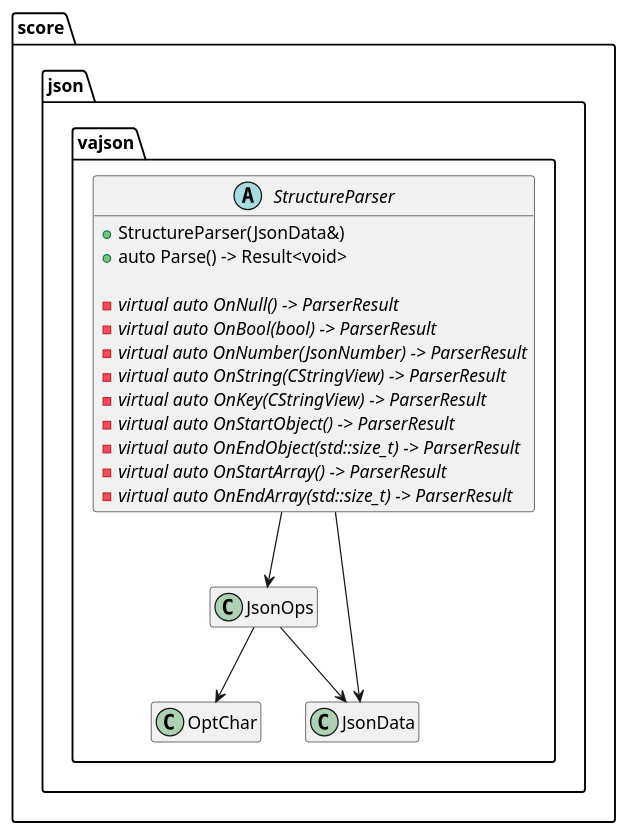
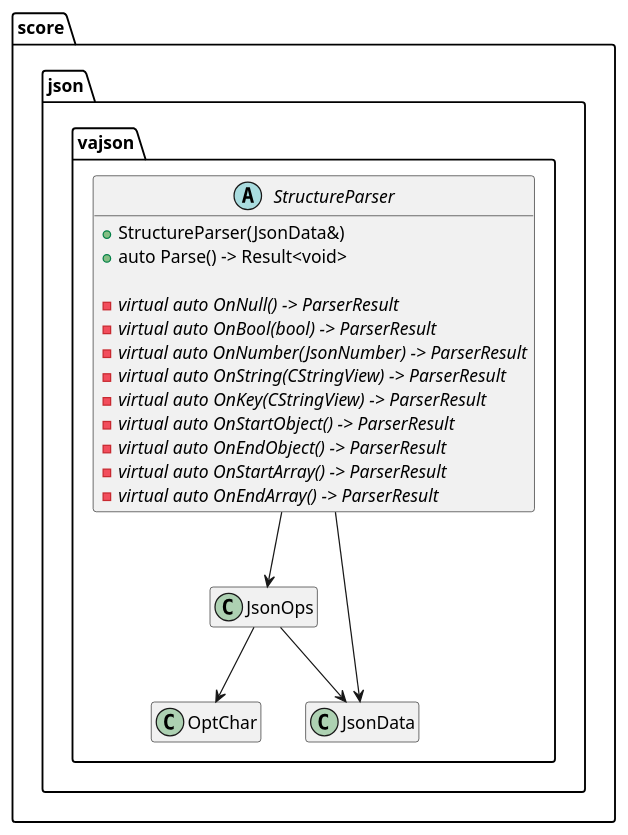
One commit to eclipse-score/baselibs changed the first of 3 diagrams in score/json/docs/vajson/detailed_design/logical/Reader.rst. Above: the diagram before and after it, drawn with PlantUML. The commit also changed 10 other files, not shown here.

```diff
--- a/score/json/docs/vajson/detailed_design/logical/Reader.rst
+++ b/score/json/docs/vajson/detailed_design/logical/Reader.rst
@@ -88,39 +88,39 @@
 .. uml::
 
     @startuml
     hide empty members
 
     package "score" {
       package "json" {
         package "vajson" {
           abstract class StructureParser {
             + StructureParser(JsonData&)
             + auto Parse() -> Result<void>
 
             - {abstract} virtual auto OnNull() -> ParserResult
             - {abstract} virtual auto OnBool(bool) -> ParserResult
             - {abstract} virtual auto OnNumber(JsonNumber) -> ParserResult
             - {abstract} virtual auto OnString(CStringView) -> ParserResult
             - {abstract} virtual auto OnKey(CStringView) -> ParserResult
             - {abstract} virtual auto OnStartObject() -> ParserResult
-            - {abstract} virtual auto OnEndObject(std::size_t) -> ParserResult
+            - {abstract} virtual auto OnEndObject() -> ParserResult
             - {abstract} virtual auto OnStartArray() -> ParserResult
-            - {abstract} virtual auto OnEndArray(std::size_t) -> ParserResult
+            - {abstract} virtual auto OnEndArray() -> ParserResult
           }
 
           class OptChar {}
 
           class JsonOps {}
 
           class JsonData {}
         }
       }
     }
 
     StructureParser --> JsonOps
 
     StructureParser --> JsonData
 
     JsonOps --> JsonData
     JsonOps --> OptChar
     @enduml
```
